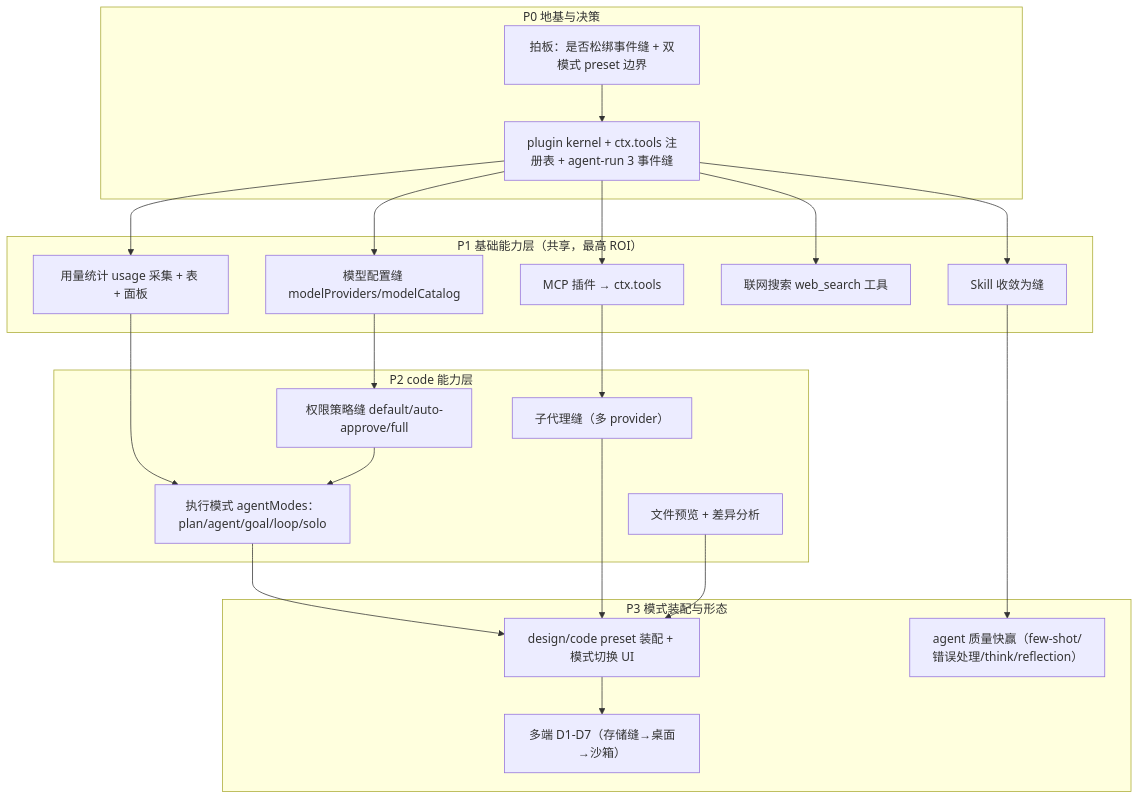
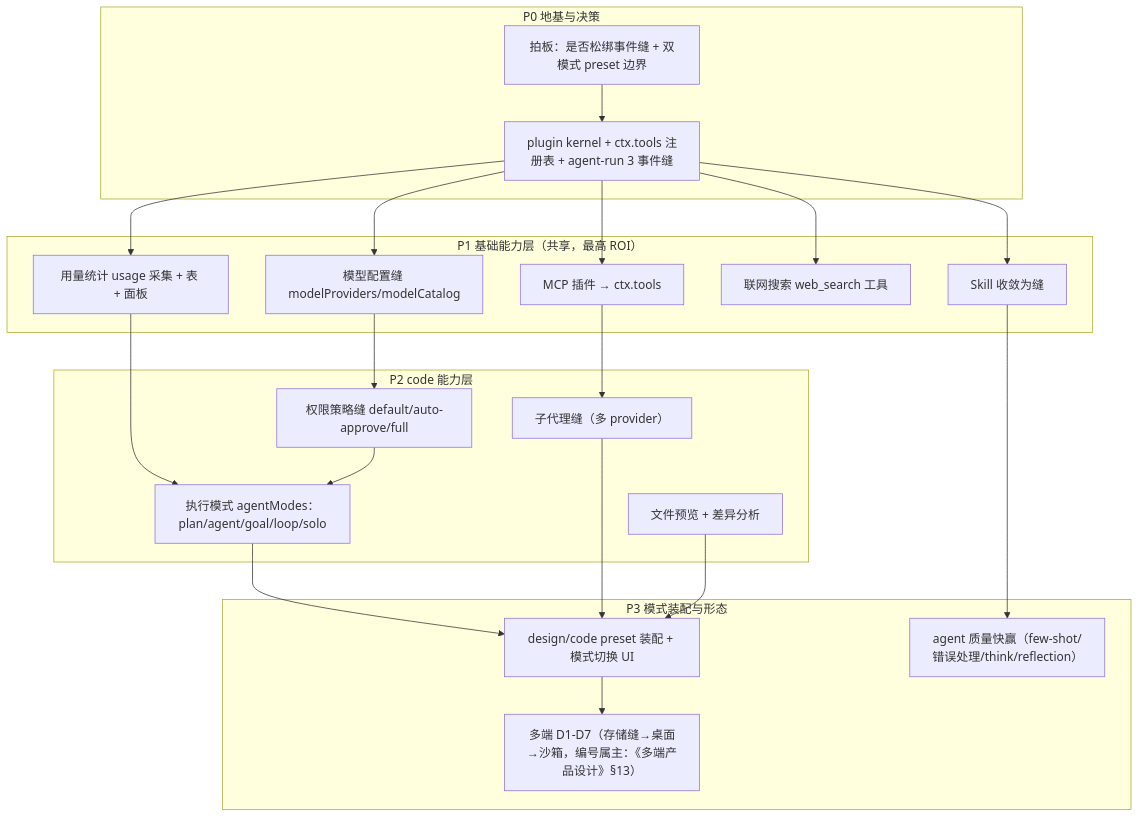
Before and after one commit to IsKenKenYa/KenFutWork: the second of 3 diagrams in docs/future/03-改造建议与路线.md, drawn with Mermaid. The commit also changed other lines of this file and 6 other files, not shown here.

````diff
--- a/docs/future/03-改造建议与路线.md
+++ b/docs/future/03-改造建议与路线.md
@@ -154,40 +155,40 @@
 ```mermaid
 graph TB
     subgraph P0["P0 地基与决策"]
         K0["拍板：是否松绑事件缝 + 双模式 preset 边界"]
         K1["plugin kernel + ctx.tools 注册表 + agent-run 3 事件缝"]
     end
     subgraph P1["P1 基础能力层（共享，最高 ROI）"]
         B1["模型配置缝 modelProviders/modelCatalog"]
         B2["MCP 插件 → ctx.tools"]
         B3["Skill 收敛为缝"]
         B4["联网搜索 web_search 工具"]
         B5["用量统计 usage 采集 + 表 + 面板"]
     end
     subgraph P2["P2 code 能力层"]
         C1["权限策略缝 default/auto-approve/full"]
         C2["执行模式 agentModes：plan/agent/goal/loop/solo"]
         C3["子代理缝（多 provider）"]
         C4["文件预览 + 差异分析"]
     end
     subgraph P3["P3 模式装配与形态"]
-        D1["design/code preset 装配 + 模式切换 UI"]
-        D2["agent 质量快赢（few-shot/错误处理/think/reflection）"]
-        D3["多端 D1-D7（存储缝→桌面→沙箱）"]
+        M1["design/code preset 装配 + 模式切换 UI"]
+        M2["agent 质量快赢（few-shot/错误处理/think/reflection）"]
+        M3["多端 D1-D7（存储缝→桌面→沙箱，编号属主：《多端产品设计》§13）"]
     end
     K0 --> K1
     K1 --> B1
     K1 --> B2
     K1 --> B3
     K1 --> B4
     K1 --> B5
     B1 --> C1
     B2 --> C3
     B5 --> C2
     C1 --> C2
-    C2 --> D1
-    C3 --> D1
-    C4 --> D1
-    B3 --> D2
-    D1 --> D3
+    C2 --> M1
+    C3 --> M1
+    C4 --> M1
+    B3 --> M2
+    M1 --> M3
 ```
````
